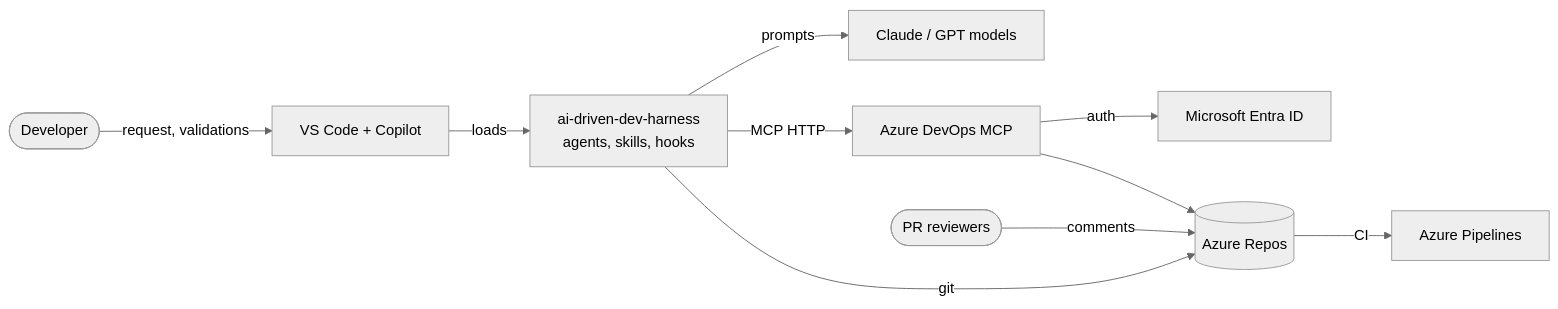
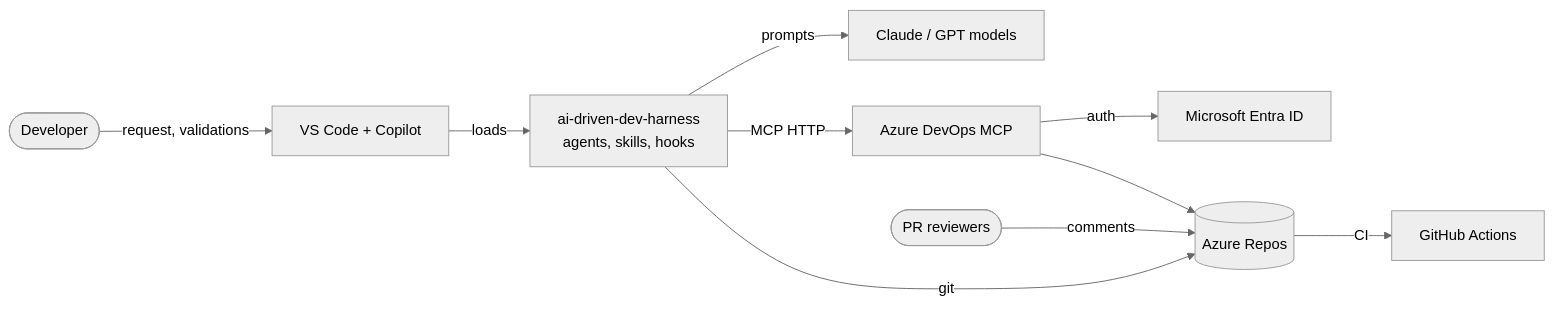
One commit to Antonin-Artaud/ai-driven-dev-harness changed the diagram in docs/architecture/context.md. Above: the diagram before and after it, drawn with Mermaid (neutral theme). The commit also changed other lines of this file and 12 other files, not shown here.

First line of the commit message:
chore: point the plugin at GitHub and move the CI to GitHub Actions

````diff
--- a/docs/architecture/context.md
+++ b/docs/architecture/context.md
@@ -37,12 +37,12 @@
 ```mermaid
 flowchart LR
   dev([Developer]) -->|request, validations| vscode[VS Code + Copilot]
   vscode -->|loads| plugin[ai-driven-dev-harness<br/>agents, skills, hooks]
   plugin -->|prompts| llm[Claude / GPT models]
   plugin -->|MCP HTTP| ado[Azure DevOps MCP]
   ado -->|auth| entra[Microsoft Entra ID]
   plugin -->|git| repo[(Azure Repos)]
   ado --> repo
   reviewers([PR reviewers]) -->|comments| repo
-  repo -->|CI| pipelines[Azure Pipelines]
+  repo -->|CI| pipelines[GitHub Actions]
 ```
````
